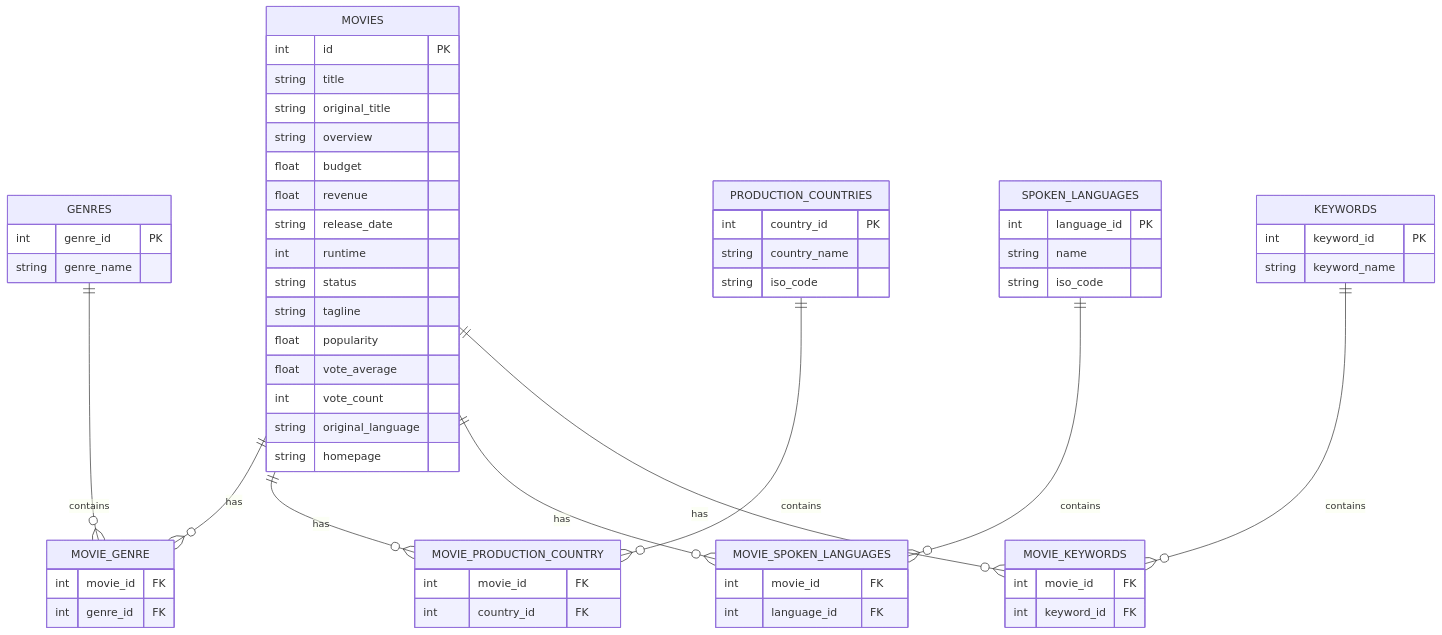
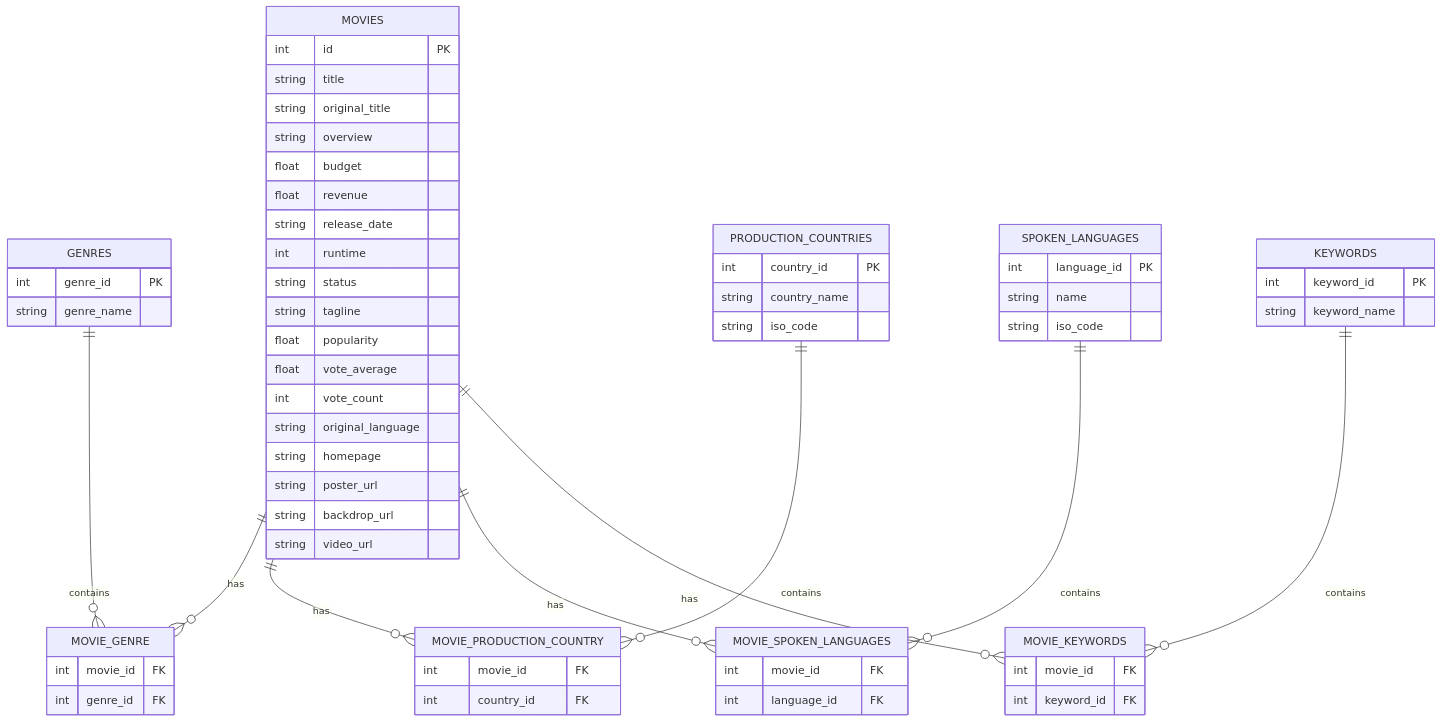
One commit to t1anzn/cinemind changed the diagram in diagrams/mermaid.md. Above: the diagram before and after it, drawn with Mermaid. The commit also changed 8 other files, not shown here.

````diff
--- a/diagrams/mermaid.md
+++ b/diagrams/mermaid.md
@@ -1,74 +1,77 @@
 ```mermaid
 erDiagram
     MOVIES {
         int id PK
         string title
         string original_title
         string overview
         float budget
         float revenue
         string release_date
         int runtime
         string status
         string tagline
         float popularity
         float vote_average
         int vote_count
         string original_language
         string homepage
+        string poster_url
+        string backdrop_url
+        string video_url
     }
 
     GENRES {
         int genre_id PK
         string genre_name
     }
 
     MOVIE_GENRE {
         int movie_id FK
         int genre_id FK
     }
 
     PRODUCTION_COUNTRIES {
         int country_id PK
         string country_name
         string iso_code
     }
 
     MOVIE_PRODUCTION_COUNTRY {
         int movie_id FK
         int country_id FK
     }
 
     SPOKEN_LANGUAGES {
         int language_id PK
         string name
         string iso_code
     }
 
     MOVIE_SPOKEN_LANGUAGES {
         int movie_id FK
         int language_id FK
     }
 
     KEYWORDS {
         int keyword_id PK
         string keyword_name
     }
 
     MOVIE_KEYWORDS {
         int movie_id FK
         int keyword_id FK
     }
 
     MOVIES ||--o{ MOVIE_GENRE : has
     GENRES ||--o{ MOVIE_GENRE : contains
 
     MOVIES ||--o{ MOVIE_PRODUCTION_COUNTRY : has
     PRODUCTION_COUNTRIES ||--o{ MOVIE_PRODUCTION_COUNTRY : contains
 
     MOVIES ||--o{ MOVIE_SPOKEN_LANGUAGES : has
     SPOKEN_LANGUAGES ||--o{ MOVIE_SPOKEN_LANGUAGES : contains
 
     MOVIES ||--o{ MOVIE_KEYWORDS : has
     KEYWORDS ||--o{ MOVIE_KEYWORDS : contains
 ```
````
